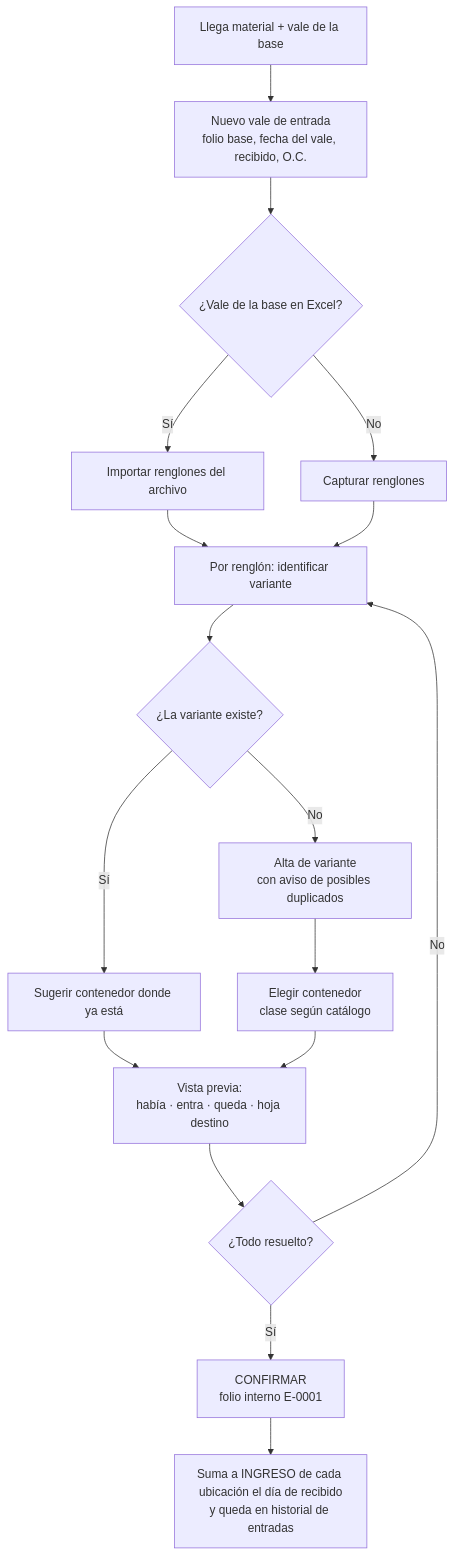
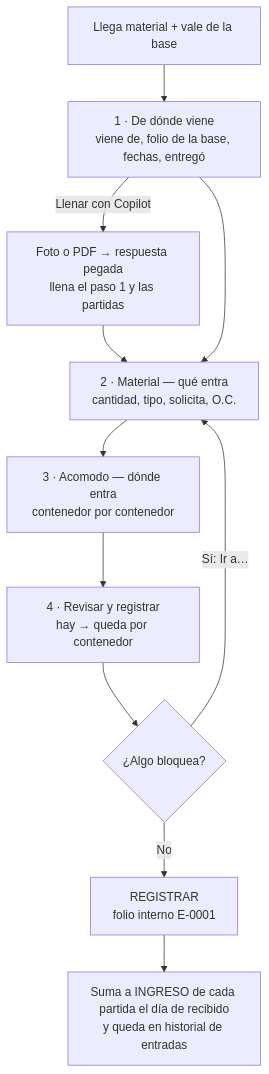
The second of 3 diagrams in docs/05-flujos.md (mrketchupp/Control-almacen), drawn with Mermaid before and after one commit. The commit also changed other lines of this file and 23 other files, not shown here.

First line of the commit message:
Ronda 39, etapa 7: tipo de las partidas nuevas, limpieza y documentación

````diff
--- a/docs/05-flujos.md
+++ b/docs/05-flujos.md
@@ -60,17 +60,13 @@
 ```mermaid
 flowchart TD
-    A[Llega material + vale de la base] --> B[Nuevo vale de entrada<br/>folio base, fecha del vale, recibido, O.C.]
-    B --> C{¿Vale de la base en Excel?}
-    C -->|"Sí"| D[Importar renglones del archivo]
-    C -->|"No"| E[Capturar renglones]
-    D & E --> F[Por renglón: identificar variante]
-    F --> G{¿La variante existe?}
-    G -->|"Sí"| H[Sugerir contenedor donde ya está]
-    G -->|"No"| I[Alta de variante<br/>con aviso de posibles duplicados]
-    I --> J[Elegir contenedor<br/>clase según catálogo]
-    H & J --> K[Vista previa:<br/>había · entra · queda · hoja destino]
-    K --> L{¿Todo resuelto?}
-    L -->|"No"| F
-    L -->|"Sí"| M[CONFIRMAR<br/>folio interno E-0001]
-    M --> N[Suma a INGRESO de cada ubicación el día de recibido<br/>y queda en historial de entradas]
+    A[Llega material + vale de la base] --> B[1 · De dónde viene<br/>viene de, folio de la base, fechas, entregó]
+    B -->|"Llenar con Copilot"| C[Foto o PDF → respuesta pegada<br/>llena el paso 1 y las partidas]
+    C --> D
+    B --> D[2 · Material — qué entra<br/>cantidad, tipo, solicita, O.C.]
+    D --> E[3 · Acomodo — dónde entra<br/>contenedor por contenedor]
+    E --> F[4 · Revisar y registrar<br/>hay → queda por contenedor]
+    F --> G{¿Algo bloquea?}
+    G -->|"Sí: Ir a…"| D
+    G -->|"No"| H[REGISTRAR<br/>folio interno E-0001]
+    H --> I[Suma a INGRESO de cada partida el día de recibido<br/>y queda en historial de entradas]
 ```
````
